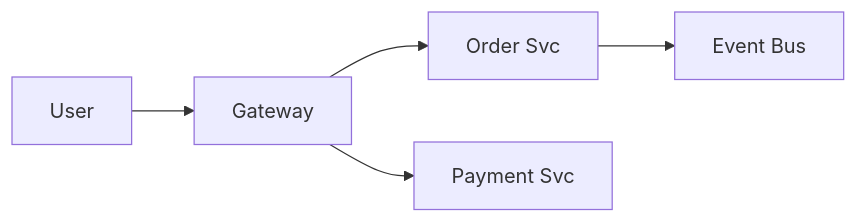
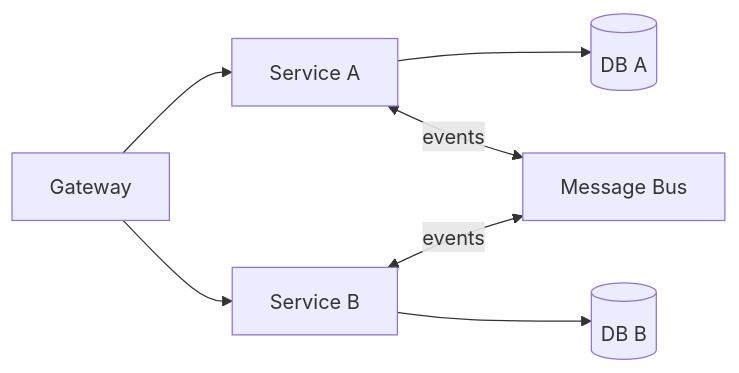
One commit to hareramcse/SystemDesign changed the fourth of 23 diagrams in 08-microservices/README.md. Above: the diagram before and after it, drawn with Mermaid. The commit also changed other lines of this file and 15 other files, not shown here.

````diff
--- a/08-microservices/README.md
+++ b/08-microservices/README.md
@@ -41,7 +188,9 @@
 ```mermaid
 flowchart LR
-    U[User] --> GW[Gateway]
-    GW --> A[Order Svc]
-    GW --> B[Payment Svc]
-    A --> Q[Event Bus]
+    GW[Gateway] --> A[Service A]
+    GW --> B[Service B]
+    A --> DB_A[(DB A)]
+    B --> DB_B[(DB B)]
+    A <-->|events| Bus[Message Bus]
+    B <-->|events| Bus
 ```
````
